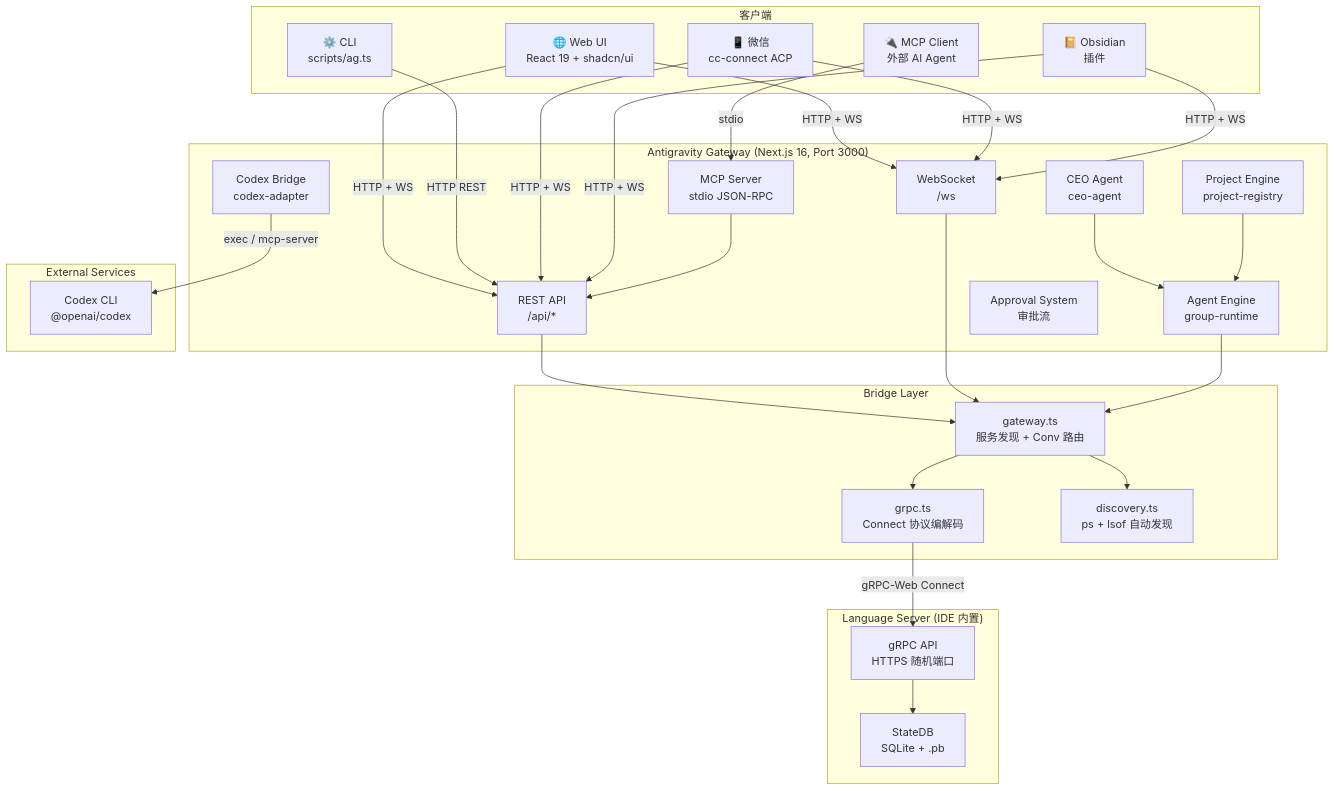
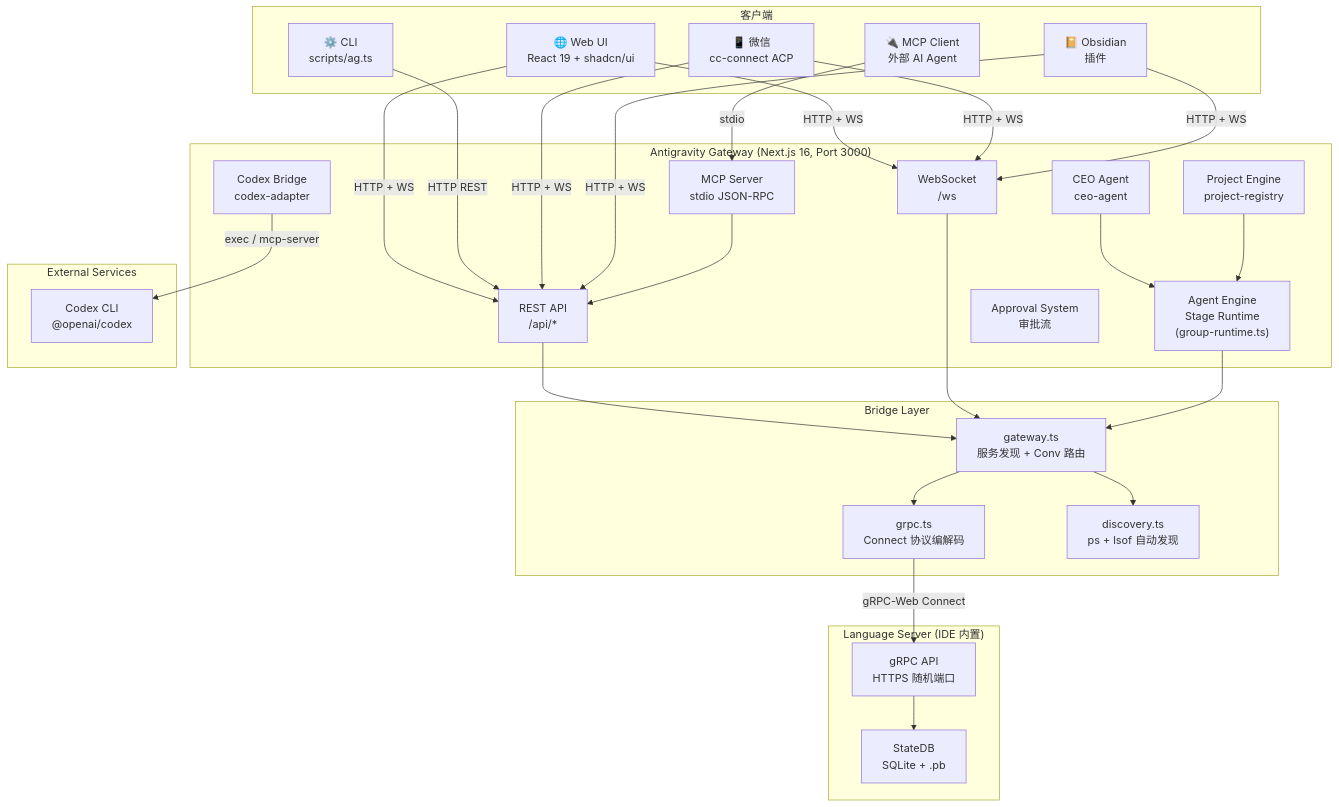
Before and after one commit to pikapikaspeedup/OPC_CEO: the first of 20 diagrams in ARCHITECTURE.md, drawn with Mermaid. The commit also changed other lines of this file and 102 other files, not shown here.

````diff
--- a/ARCHITECTURE.md
+++ b/ARCHITECTURE.md
@@ -9,55 +9,55 @@
 ```mermaid
 graph TB
     subgraph Clients["客户端"]
         WebUI["🌐 Web UI<br/>React 19 + shadcn/ui"]
         CLI["⚙️ CLI<br/>scripts/ag.ts"]
         WeChat["📱 微信<br/>cc-connect ACP"]
         Obsidian["📔 Obsidian<br/>插件"]
         MCP["🔌 MCP Client<br/>外部 AI Agent"]
     end
 
     subgraph Gateway["Antigravity Gateway (Next.js 16, Port 3000)"]
         REST["REST API<br/>/api/*"]
         WS["WebSocket<br/>/ws"]
-        AgentEngine["Agent Engine<br/>group-runtime"]
+        AgentEngine["Agent Engine<br/>Stage Runtime<br/>(group-runtime.ts)"]
         ProjectEngine["Project Engine<br/>project-registry"]
         MCPServer["MCP Server<br/>stdio JSON-RPC"]
         CodexBridge["Codex Bridge<br/>codex-adapter"]
         CEOAgent["CEO Agent<br/>ceo-agent"]
         ApprovalSys["Approval System<br/>审批流"]
     end
 
     subgraph Bridge["Bridge Layer"]
         GW["gateway.ts<br/>服务发现 + Conv 路由"]
         GRPC["grpc.ts<br/>Connect 协议编解码"]
         Discovery["discovery.ts<br/>ps + lsof 自动发现"]
     end
 
     subgraph External["External Services"]
         CodexCLI["Codex CLI<br/>@openai/codex"]
     end
 
     subgraph LS["Language Server (IDE 内置)"]
         GRPC_API["gRPC API<br/>HTTPS 随机端口"]
         StateDB["StateDB<br/>SQLite + .pb"]
     end
 
     WebUI -->|HTTP + WS| REST & WS
     CLI -->|HTTP REST| REST
     WeChat -->|HTTP + WS| REST & WS
     Obsidian -->|HTTP + WS| REST & WS
     MCP -->|stdio| MCPServer
 
     REST --> GW
     WS --> GW
     CodexBridge -->|"exec / mcp-server"| CodexCLI
     CEOAgent --> AgentEngine
     AgentEngine --> GW
     ProjectEngine --> AgentEngine
     MCPServer --> REST
 
     GW --> Discovery
     GW --> GRPC
     GRPC -->|gRPC-Web Connect| GRPC_API
     GRPC_API --> StateDB
 ```
````
